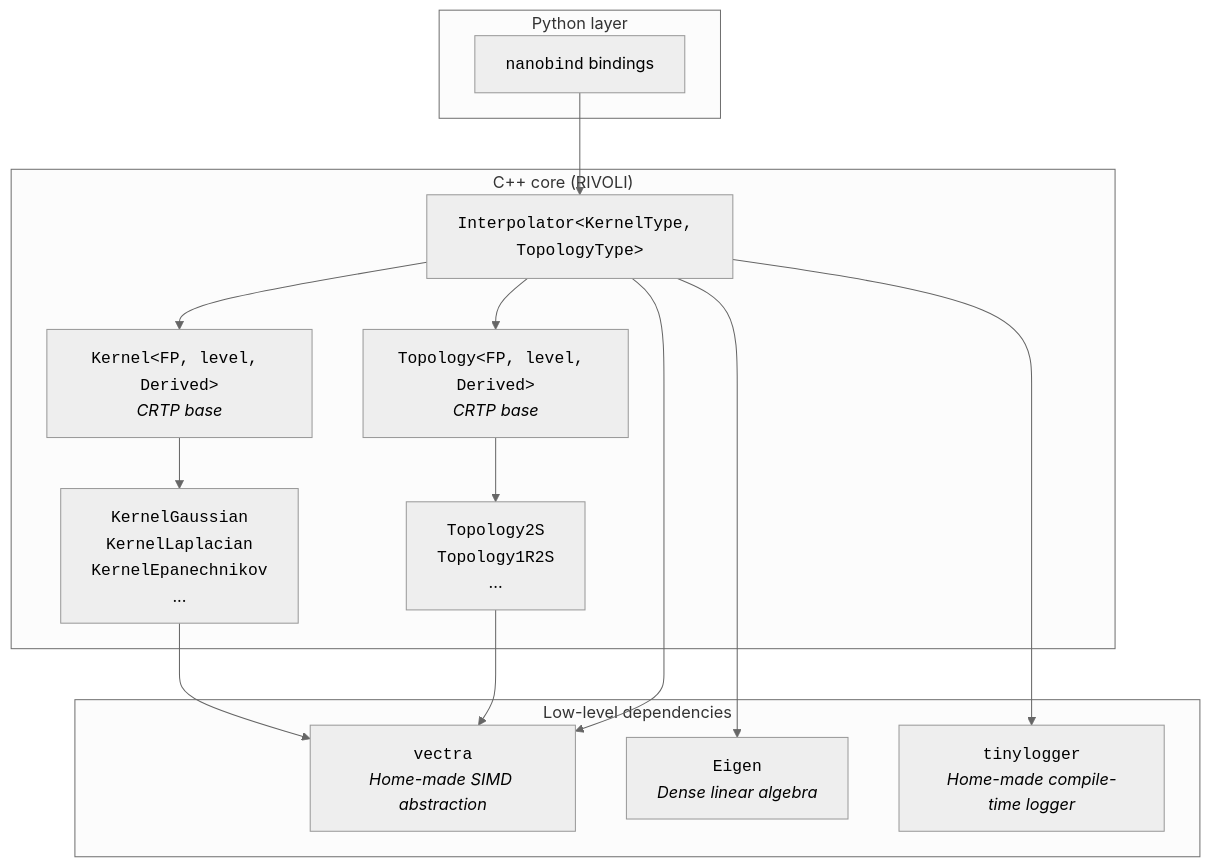
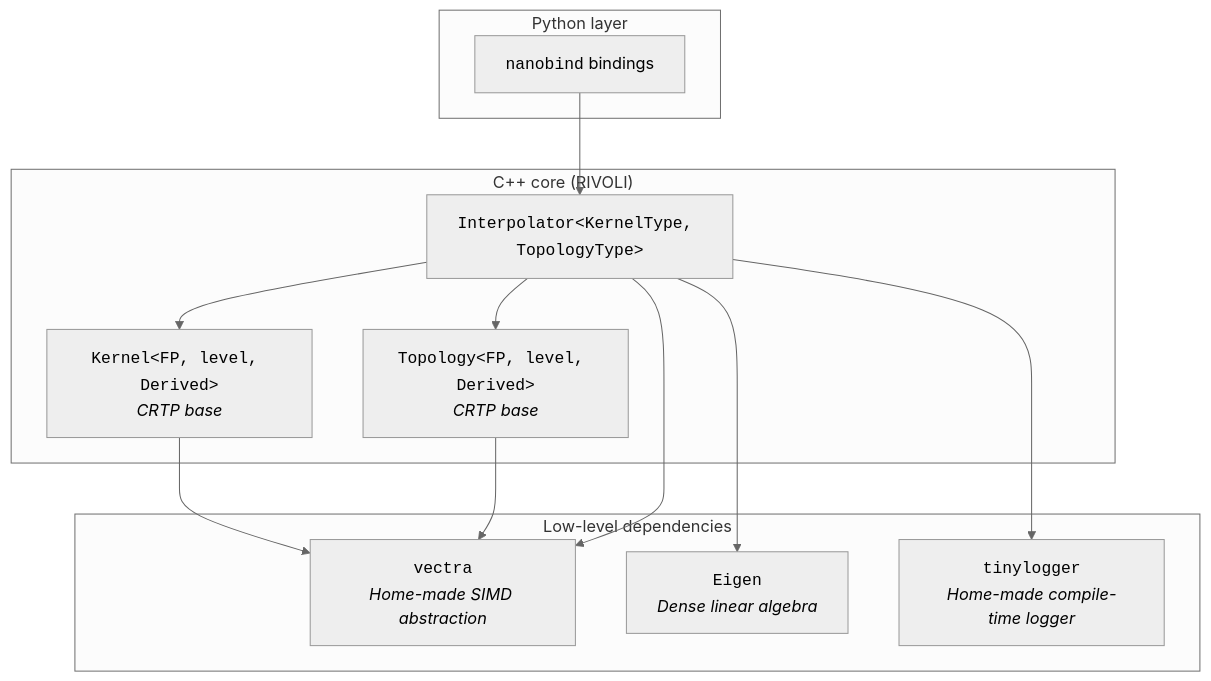
The first of 2 diagrams in ARCHITECTURE.md (fmargall/rivoli), drawn with Mermaid (neutral theme) before and after one commit.

Commit message:
📝 docs(architecture): remove useless classes

````diff
--- a/ARCHITECTURE.md
+++ b/ARCHITECTURE.md
@@ -32,43 +32,39 @@
 ```mermaid
 flowchart TB
     subgraph Python["Python layer"]
         NB["<code>nanobind</code> bindings"]
     end
  
     subgraph Core["C++ core (RIVOLI)"]
         I["<code>Interpolator&lt;KernelType, TopologyType&gt;</code>"]
         K["<code>Kernel&lt;FP, level, Derived&gt;</code><br/><i>CRTP base</i>"]
         T["<code>Topology&lt;FP, level, Derived&gt;</code><br/><i>CRTP base</i>"]
-        K1["<code>KernelGaussian</code><br/><code>KernelLaplacian</code><br/><code>KernelEpanechnikov</code><br/>..."]
-        T1["<code>Topology2S</code><br/><code>Topology1R2S</code><br/>..."]
-        K --> K1
-        T --> T1
         I --> K
         I --> T
     end
  
     subgraph LowLevel["Low-level dependencies"]
         V["<code>vectra</code><br/><i>Home-made SIMD abstraction</i>"]
         E["<code>Eigen</code><br/><i>Dense linear algebra</i>"]
         L["<code>tinylogger</code><br/><i>Home-made compile-time logger</i>"]
     end
  
     NB --> I
-    K1 --> V
-    T1 --> V
+    K --> V
+    T --> V
     I --> E
     I --> L
     I --> V
 
     click NB "https://github.com/fmargall/RIVOLI/blob/HEAD/python/binding.cpp"
     click I "https://github.com/fmargall/RIVOLI/blob/HEAD/include/rivoli/interpolator/interpolator.hpp"
     click K "https://github.com/fmargall/RIVOLI/blob/HEAD/include/rivoli/kernels/kernels.hpp"
     click T "https://github.com/fmargall/RIVOLI/blob/HEAD/include/rivoli/topologies/topologies.hpp"
     click E "https://libeigen.gitlab.io/"
     click V "https://github.com/fmargall/vectra"
     click L "https://github.com/fmargall/tinylogger"
  
     class NB python
     class I,K,T,K1,T1 core
     class V,E,L lowlevel
 ```
````
